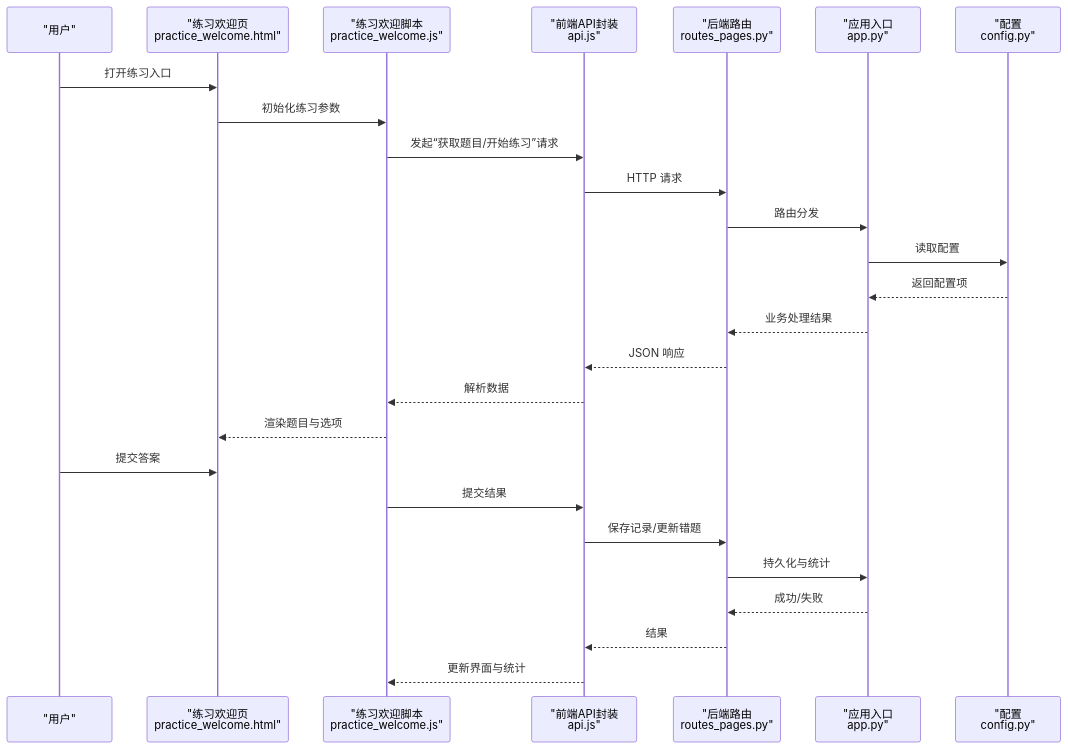
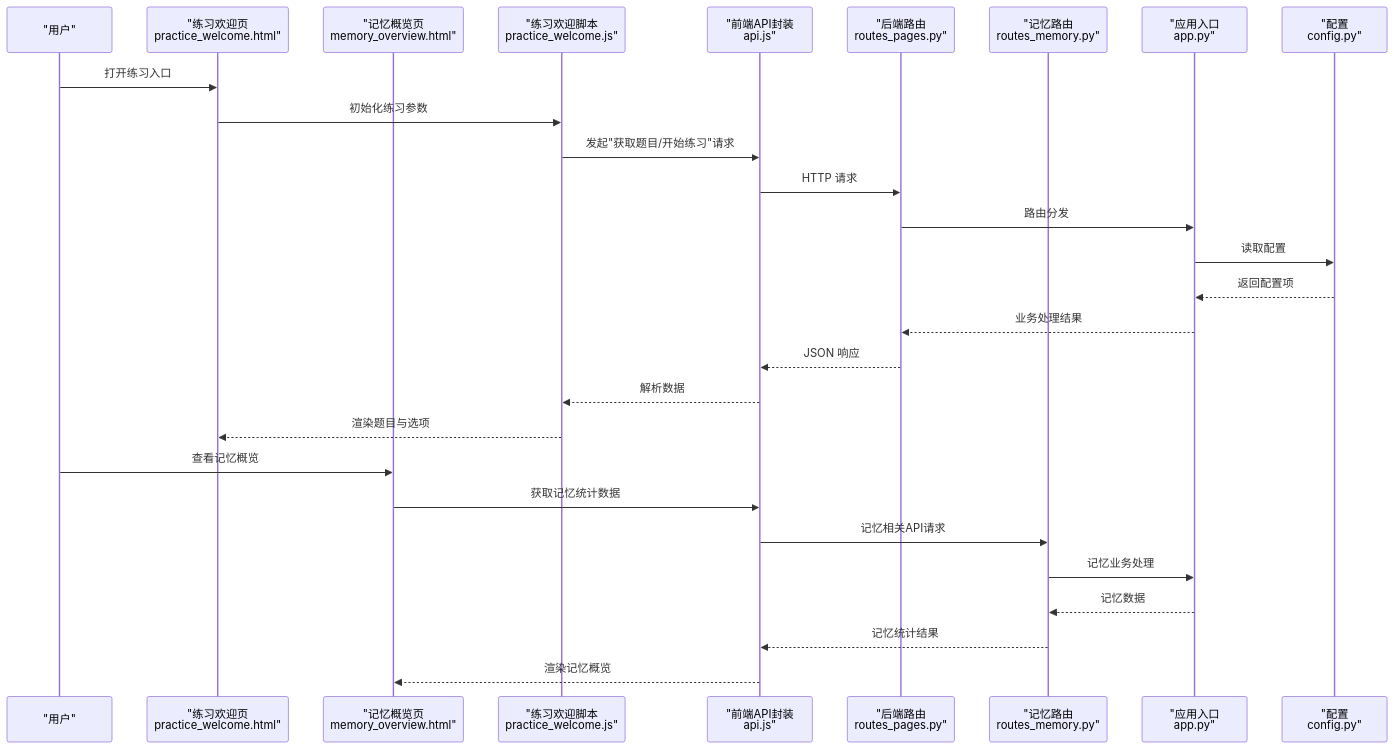
The second of 14 diagrams in .qoder/repowiki/zh/content/练习系统/练习系统.md (abokyoy/LectureLearnLoop), drawn with Mermaid before and after one commit. The commit also changed other lines of this file and 91 other files, not shown here.

````diff
--- a/.qoder/repowiki/zh/content/练习系统/练习系统.md
+++ b/.qoder/repowiki/zh/content/练习系统/练习系统.md
@@ -125,28 +152,30 @@
 ```mermaid
 sequenceDiagram
 participant U as "用户"
 participant PW as "练习欢迎页<br/>practice_welcome.html"
+participant MO as "记忆概览页<br/>memory_overview.html"
 participant PWJS as "练习欢迎脚本<br/>practice_welcome.js"
 participant API as "前端API封装<br/>api.js"
 participant R as "后端路由<br/>routes_pages.py"
+participant RM as "记忆路由<br/>routes_memory.py"
 participant A as "应用入口<br/>app.py"
 participant C as "配置<br/>config.py"
 U->>PW : 打开练习入口
 PW->>PWJS : 初始化练习参数
-PWJS->>API : 发起“获取题目/开始练习”请求
+PWJS->>API : 发起"获取题目/开始练习"请求
 API->>R : HTTP 请求
 R->>A : 路由分发
 A->>C : 读取配置
 C-->>A : 返回配置项
 A-->>R : 业务处理结果
 R-->>API : JSON 响应
 API-->>PWJS : 解析数据
 PWJS-->>PW : 渲染题目与选项
-U->>PW : 提交答案
-PWJS->>API : 提交结果
-API->>R : 保存记录/更新错题
-R->>A : 持久化与统计
-A-->>R : 成功/失败
-R-->>API : 结果
-API-->>PWJS : 更新界面与统计
+U->>MO : 查看记忆概览
+MO->>API : 获取记忆统计数据
+API->>RM : 记忆相关API请求
+RM->>A : 记忆业务处理
+A-->>RM : 记忆数据
+RM-->>API : 记忆统计结果
+API-->>MO : 渲染记忆概览
 ```
````
